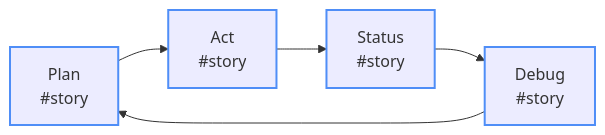
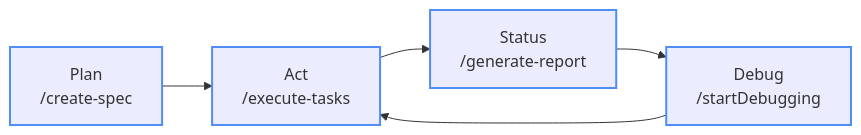
Before and after one commit to microsoft/github-copilot-advanced-hackathon: the diagram in goals/dotnet/2-requirements.md, drawn with Mermaid. The commit also changed other lines of this file and 10 other files, not shown here.

````diff
--- a/goals/dotnet/2-requirements.md
+++ b/goals/dotnet/2-requirements.md
@@ -262,11 +116,11 @@
 ```mermaid
 flowchart LR
-  Plan[Plan<br/>#story] --> Act[Act<br/>#story]
-  Act --> Status[Status<br/>#story]
-  Status --> Debug[Debug<br/>#story]
-  Debug --> Plan
+  Plan[Plan<br/>/create-spec] --> Act[Act<br/>/execute-tasks]
+  Act --> Status[Status<br/>/generate-report]
+  Status --> Debug[Debug<br/>/startDebugging]
+  Debug --> Act
   style Plan stroke:#4F8EF7,stroke-width:2px
   style Act stroke:#4F8EF7,stroke-width:2px
   style Status stroke:#4F8EF7,stroke-width:2px
   style Debug stroke:#4F8EF7,stroke-width:2px
 ```
````
